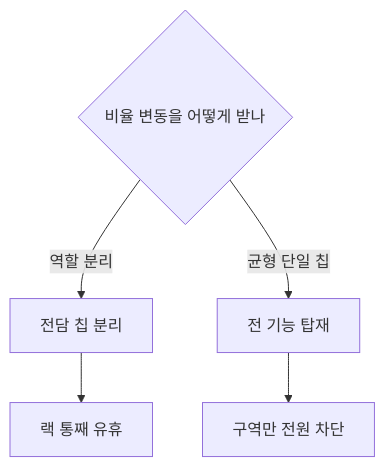
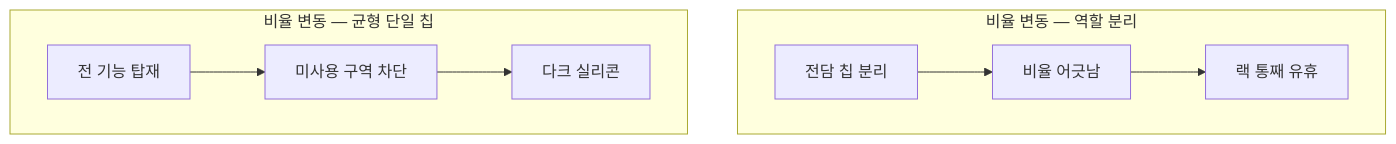
The seventh of 10 diagrams in insights/frames/exp/2026-08-27-openai-jalapeno-tech-opus.md (yohan4477/semi-report), drawn with Mermaid before and after one commit. The commit also changed other lines of this file and 4 other files, not shown here.

````diff
--- a/insights/frames/exp/2026-08-27-openai-jalapeno-tech-opus.md
+++ b/insights/frames/exp/2026-08-27-openai-jalapeno-tech-opus.md
@@ -191,8 +194,11 @@
 ```mermaid
 flowchart TD
-    R{"비율 변동을 어떻게 받나"}
-    R -->|역할 분리| A1["전담 칩 분리"]
-    A1 --> A2["랙 통째 유휴"]
-    R -->|균형 단일 칩| B1["전 기능 탑재"]
-    B1 --> B2["구역만 전원 차단"]
+    subgraph A["비율 변동 — 역할 분리"]
+        A1["전담 칩 분리"] --> A2["비율 어긋남"]
+        A2 --> A3["랙 통째 유휴"]
+    end
+    subgraph B["비율 변동 — 균형 단일 칩"]
+        B1["전 기능 탑재"] --> B2["미사용 구역 차단"]
+        B2 --> B3["다크 실리콘"]
+    end
 ```
````
